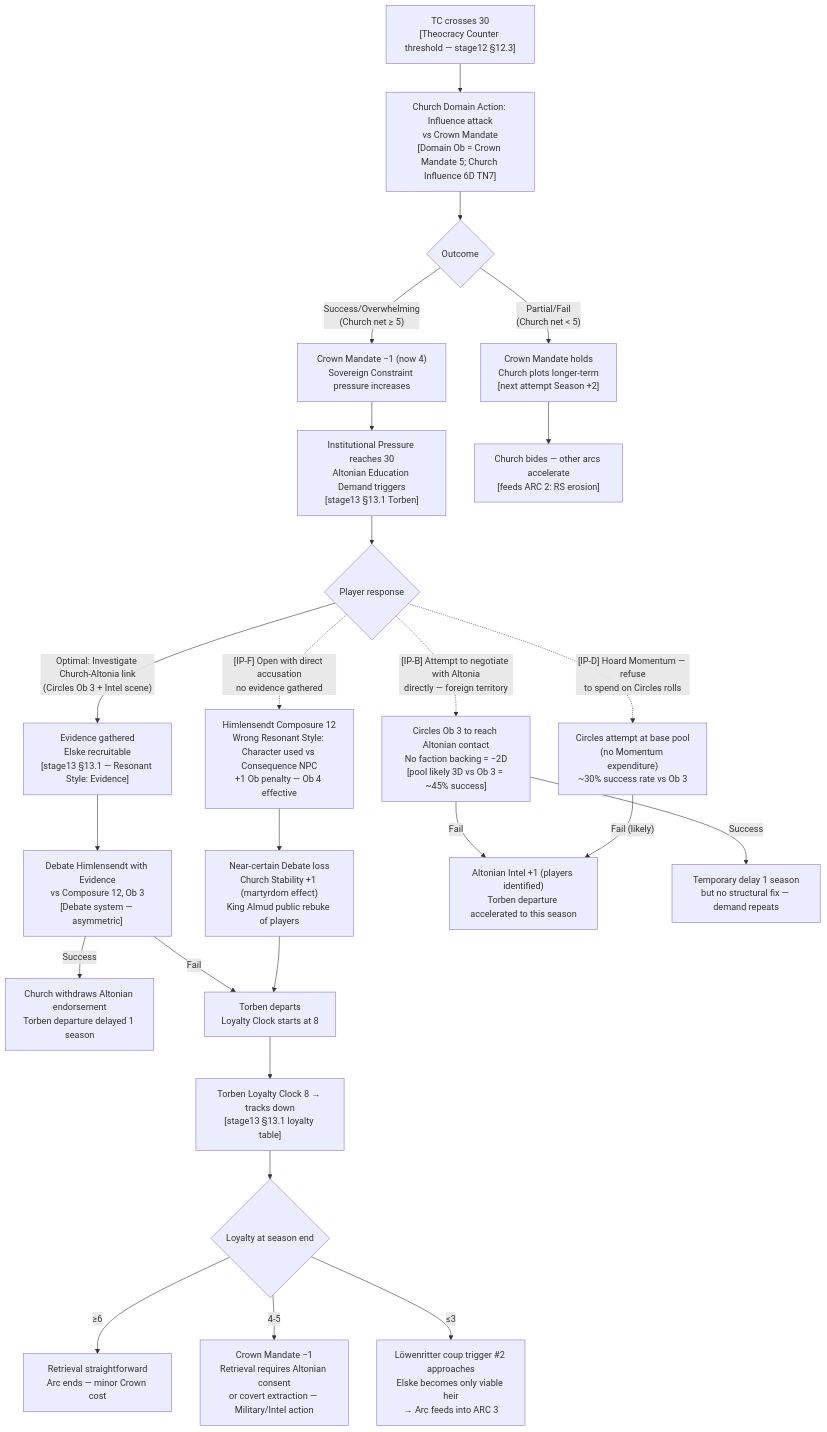
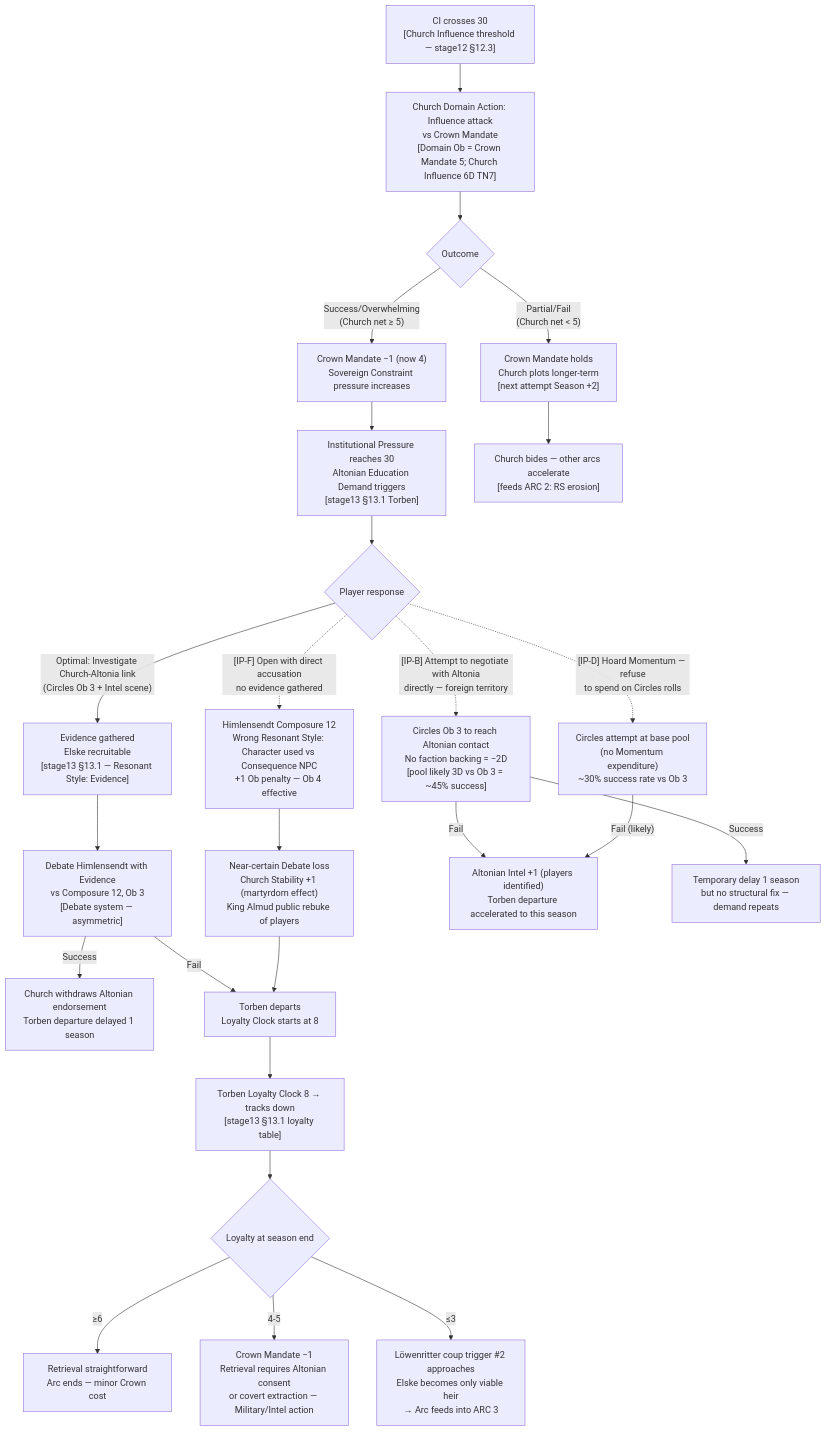
Before and after one commit to jordanelias/ttrpg: the first of 5 diagrams in tests/sim/sim_arc_01_irrational_player_arcs.md, drawn with Mermaid. The commit also changed other lines of this file and 44 other files, not shown here.

````diff
--- a/tests/sim/sim_arc_01_irrational_player_arcs.md
+++ b/tests/sim/sim_arc_01_irrational_player_arcs.md
@@ -41,34 +41,34 @@
 ```mermaid
 flowchart TD
-    A["TC crosses 30\n[Theocracy Counter threshold — stage12 §12.3]"]
+    A["CI crosses 30\n[Church Influence threshold — stage12 §12.3]"]
     A --> B["Church Domain Action: Influence attack\nvs Crown Mandate\n[Domain Ob = Crown Mandate 5; Church Influence 6D TN7]"]
     B --> C{Outcome}
     C -->|"Partial/Fail\n(Church net < 5)"| D["Crown Mandate holds\nChurch plots longer-term\n[next attempt Season +2]"]
     C -->|"Success/Overwhelming\n(Church net ≥ 5)"| E["Crown Mandate −1 (now 4)\nSovereign Constraint pressure increases"]
     E --> F["Institutional Pressure reaches 30\nAltonian Education Demand triggers\n[stage13 §13.1 Torben]"]
     F --> G{Player response}
 
     G -->|"Optimal: Investigate Church-Altonia link\n(Circles Ob 3 + Intel scene)"| H["Evidence gathered\nElske recruitable\n[stage13 §13.1 — Resonant Style: Evidence]"]
     H --> I["Debate Himlensendt with Evidence\nvs Composure 12, Ob 3\n[Debate system — asymmetric]"]
     I -->|"Success"| J["Church withdraws Altonian endorsement\nTorben departure delayed 1 season"]
     I -->|"Fail"| K["Torben departs\nLoyalty Clock starts at 8"]
 
     G -.->|"[IP-F] Open with direct accusation\nno evidence gathered"| L["Himlensendt Composure 12\nWrong Resonant Style: Character used vs Consequence NPC\n+1 Ob penalty — Ob 4 effective"]
     L --> M["Near-certain Debate loss\nChurch Stability +1 (martyrdom effect)\nKing Almud public rebuke of players"]
     M --> K
 
     G -.->|"[IP-B] Attempt to negotiate with Altonia\ndirectly — foreign territory"| N["Circles Ob 3 to reach Altonian contact\nNo faction backing = −2D\n[pool likely 3D vs Ob 3 = ~45% success]"]
     N -->|"Fail"| O["Altonian Intel +1 (players identified)\nTorben departure accelerated to this season"]
     N -->|"Success"| P["Temporary delay 1 season\nbut no structural fix — demand repeats"]
 
     K --> Q["Torben Loyalty Clock 8 → tracks down\n[stage13 §13.1 loyalty table]"]
     Q --> R{Loyalty at season end}
     R -->|"≥6"| S["Retrieval straightforward\nArc ends — minor Crown cost"]
     R -->|"4-5"| T["Crown Mandate −1\nRetrieval requires Altonian consent\nor covert extraction — Military/Intel action"]
     R -->|"≤3"| U["Löwenritter coup trigger #2 approaches\nElske becomes only viable heir\n→ Arc feeds into ARC 3"]
 
     G -.->|"[IP-D] Hoard Momentum — refuse\nto spend on Circles rolls"| V["Circles attempt at base pool\n(no Momentum expenditure)\n~30% success rate vs Ob 3"]
     V -->|"Fail (likely)"| O
 
     D --> W["Church bides — other arcs accelerate\n[feeds ARC 2: RS erosion]"]
 ```
````
